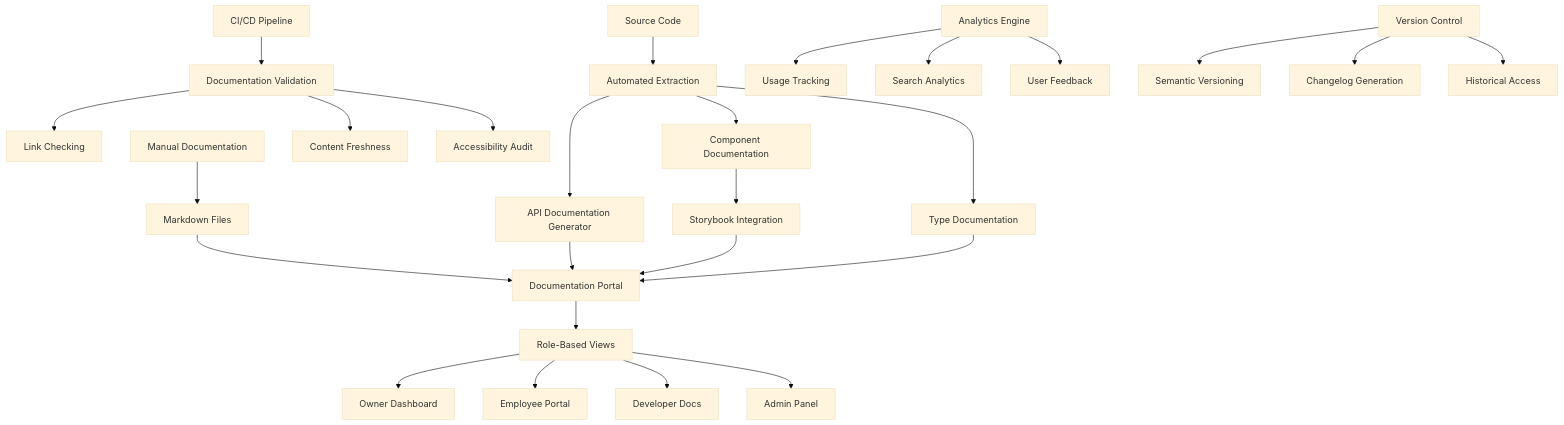
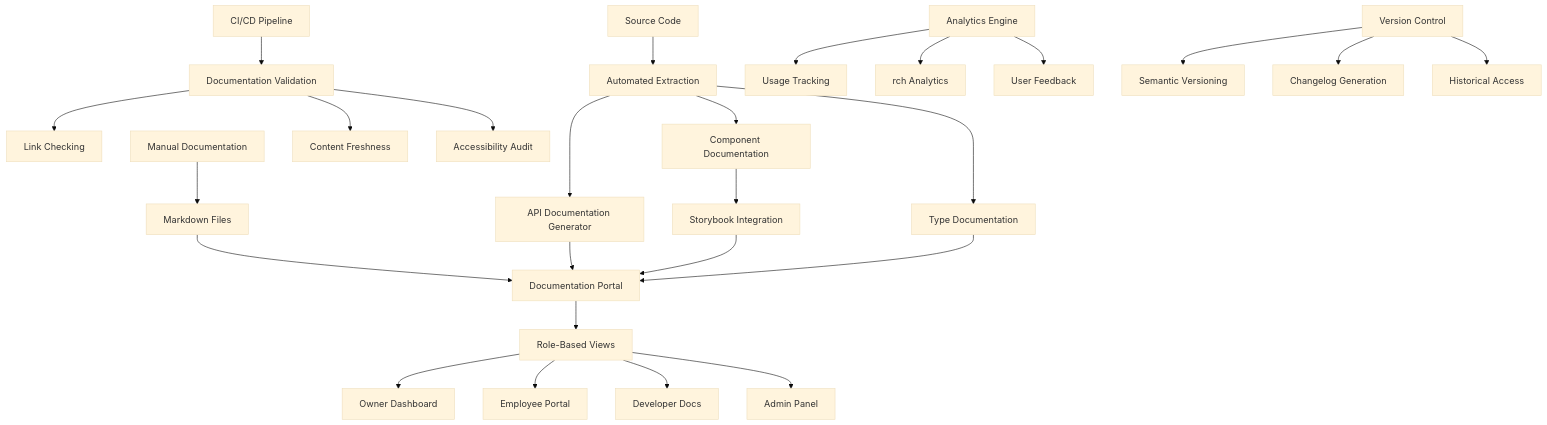
One commit to reconsumeralization/modernmen changed the diagram in .kiro/specs/documentation-system/design.md. Above: the diagram before and after it, drawn with Mermaid (base theme). The commit also changed other lines of this file and 248 other files, not shown here.

````diff
--- a/.kiro/specs/documentation-system/design.md
+++ b/.kiro/specs/documentation-system/design.md
@@ -38,34 +38,34 @@
 ```mermaid
 graph TD
     A[Source Code] --> B[Automated Extraction]
     B --> C[API Documentation Generator]
     B --> D[Component Documentation]
     B --> E[Type Documentation]
 
     F[Manual Documentation] --> G[Markdown Files]
     G --> H[Documentation Portal]
 
     C --> H
     D --> I[Storybook Integration]
     E --> H
     I --> H
 
     H --> J[Role-Based Views]
     J --> K[Owner Dashboard]
     J --> L[Employee Portal]
     J --> M[Developer Docs]
     J --> N[Admin Panel]
 
     O[CI/CD Pipeline] --> P[Documentation Validation]
     P --> Q[Link Checking]
     P --> R[Content Freshness]
     P --> S[Accessibility Audit]
 
     T[Analytics Engine] --> U[Usage Tracking]
-    T --> V[Search Analytics]
+    T --> V[rch Analytics]
     T --> W[User Feedback]
 
     X[Version Control] --> Y[Semantic Versioning]
     X --> Z[Changelog Generation]
     X --> AA[Historical Access]
 ```
````
